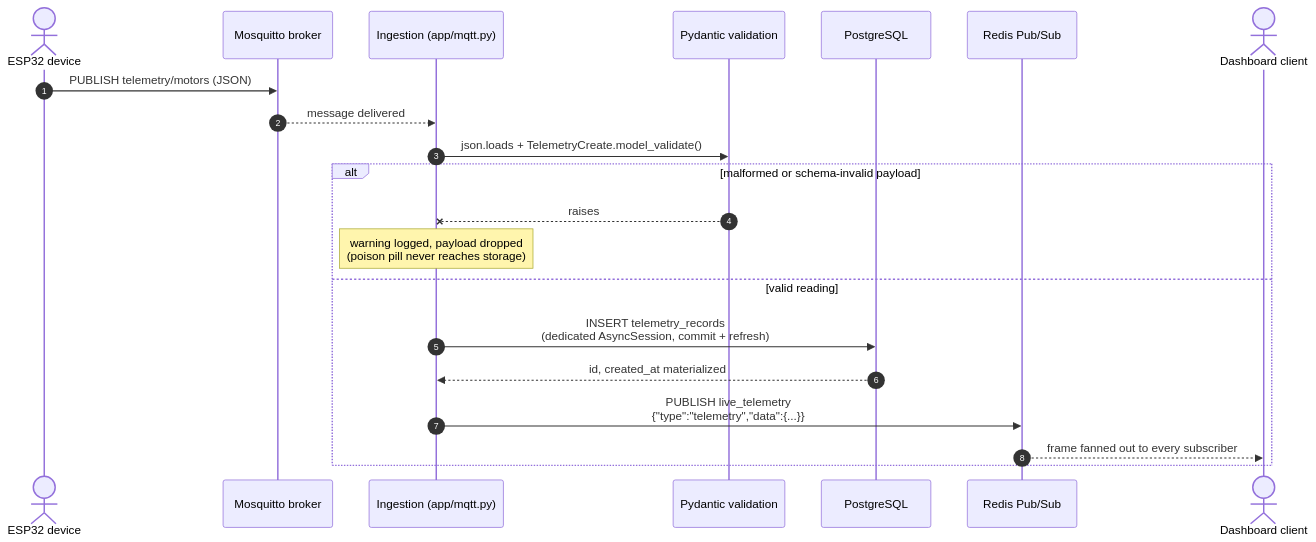
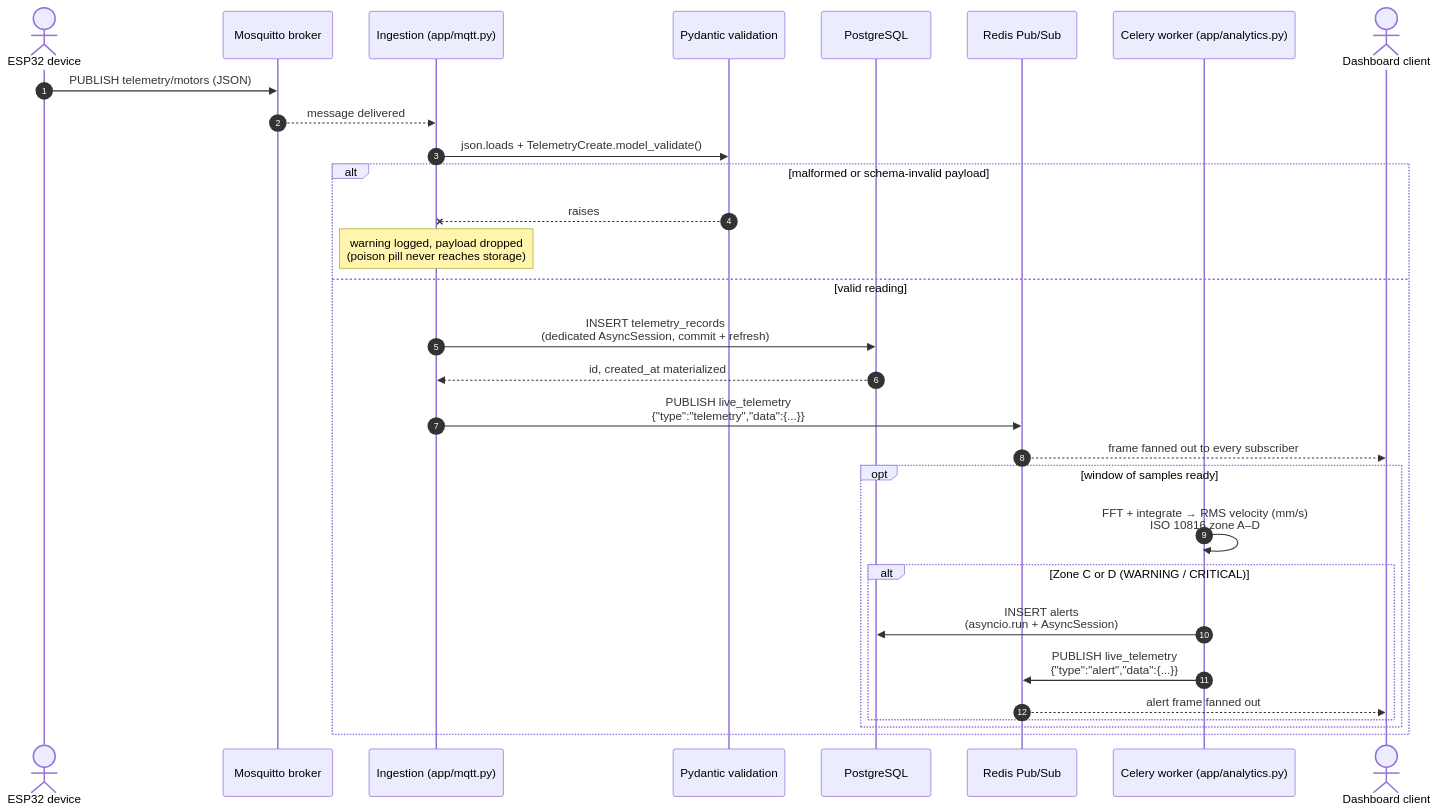
Before and after one commit to khantushar903/iot-backend: the first of 2 diagrams in docs/architecture.md, drawn with Mermaid. The commit also changed other lines of this file and 4 other files, not shown here.

Commit message:
docs: update README and architecture to reflect Phase 2 analytics and alerting features; add context and developer guide sections for Celery integration

````diff
--- a/docs/architecture.md
+++ b/docs/architecture.md
@@ -7,25 +7,35 @@
 ```mermaid
 sequenceDiagram
     autonumber
     actor ESP as ESP32 device
     participant MQ as Mosquitto broker
     participant ING as Ingestion (app/mqtt.py)
     participant VAL as Pydantic validation
     participant PG as PostgreSQL
     participant RD as Redis Pub/Sub
+    participant CEL as Celery worker (app/analytics.py)
     actor DASH as Dashboard client
 
     ESP->>MQ: PUBLISH telemetry/motors (JSON)
     MQ-->>ING: message delivered
     ING->>VAL: json.loads + TelemetryCreate.model_validate()
 
     alt malformed or schema-invalid payload
         VAL--xING: raises
         Note over ING: warning logged, payload dropped<br/>(poison pill never reaches storage)
     else valid reading
         ING->>PG: INSERT telemetry_records<br/>(dedicated AsyncSession, commit + refresh)
         PG-->>ING: id, created_at materialized
         ING->>RD: PUBLISH live_telemetry<br/>{"type":"telemetry","data":{...}}
         RD-->>DASH: frame fanned out to every subscriber
+
+        opt window of samples ready
+            CEL->>CEL: FFT + integrate → RMS velocity (mm/s)<br/>ISO 10816 zone A–D
+            alt Zone C or D (WARNING / CRITICAL)
+                CEL->>PG: INSERT alerts<br/>(asyncio.run + AsyncSession)
+                CEL->>RD: PUBLISH live_telemetry<br/>{"type":"alert","data":{...}}
+                RD-->>DASH: alert frame fanned out
+            end
+        end
     end
 ```
````
